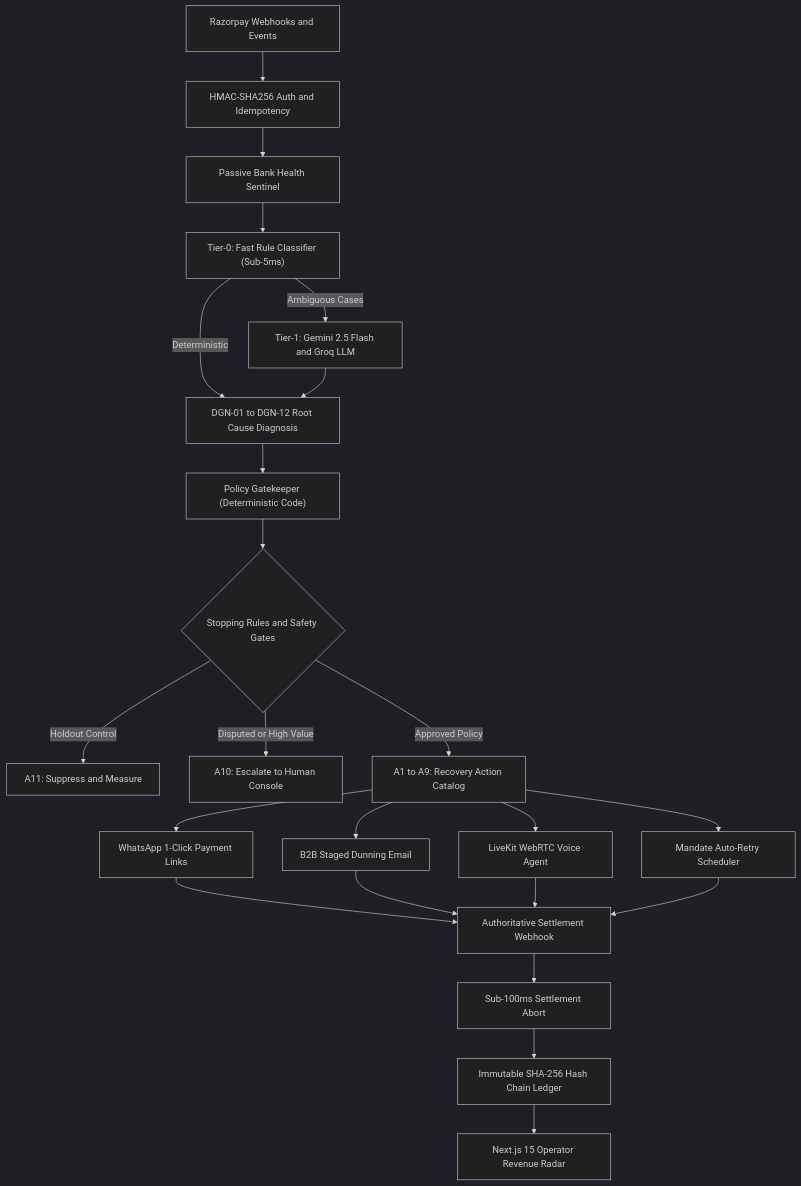
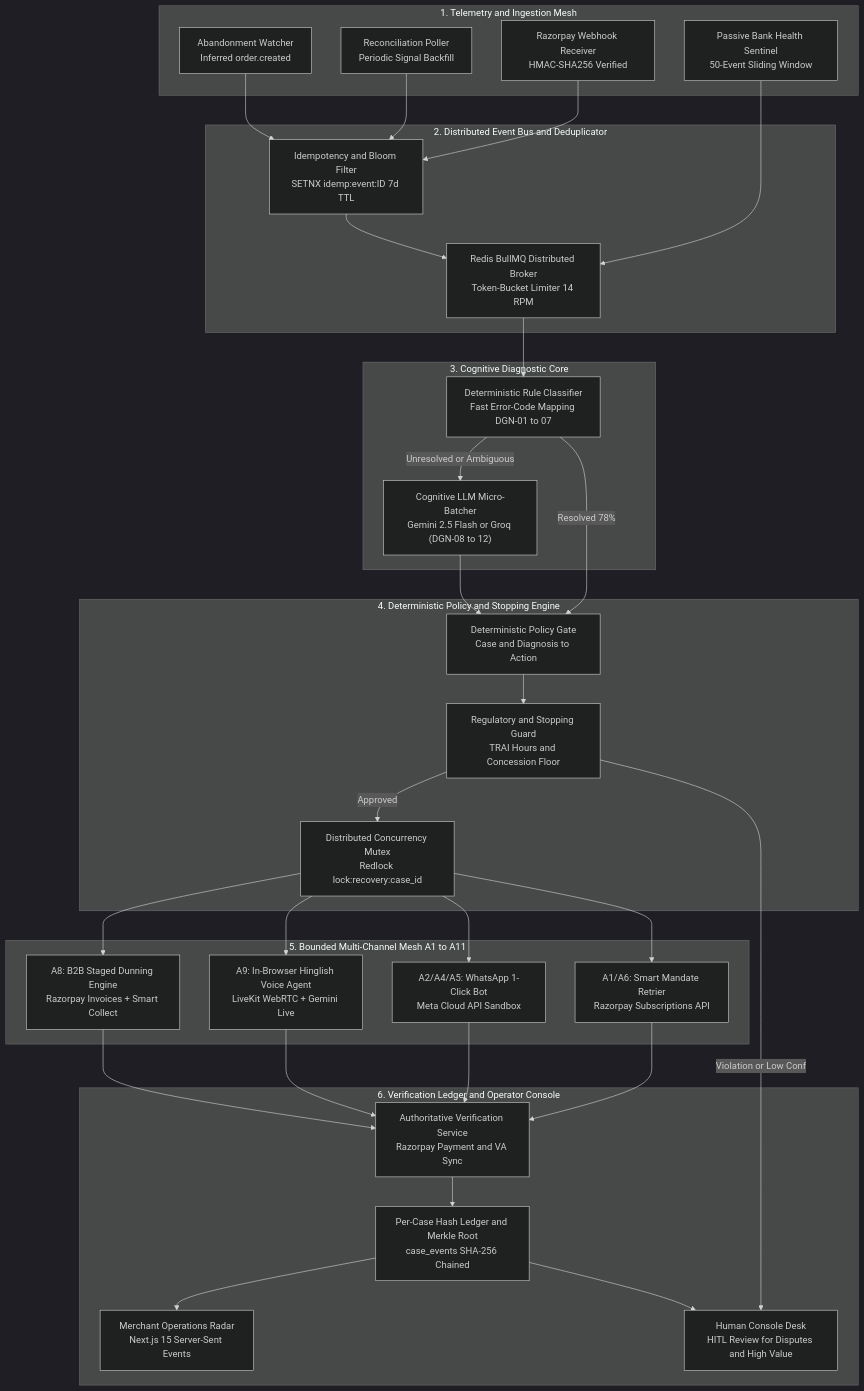
Before and after one commit to Adityaraj1969/Razorpay-Revenue-Recovery: the first of 4 diagrams in docs/Architecture.md, drawn with Mermaid (dark theme).

Commit message:
fix(docs): restore full 6-tier system architecture mesh in Architecture.md

````diff
--- a/docs/Architecture.md
+++ b/docs/Architecture.md
@@ -23,30 +23,68 @@
 ```mermaid
-graph TD
-    A["Razorpay Webhooks and Events"] --> B["HMAC-SHA256 Auth and Idempotency"]
-    B --> C["Passive Bank Health Sentinel"]
-    
-    C --> D["Tier-0: Fast Rule Classifier (Sub-5ms)"]
-    D -->|Ambiguous Cases| E["Tier-1: Gemini 2.5 Flash and Groq LLM"]
-    D -->|Deterministic| F["DGN-01 to DGN-12 Root Cause Diagnosis"]
-    E --> F
-    
-    F --> G["Policy Gatekeeper (Deterministic Code)"]
-    G --> H{"Stopping Rules and Safety Gates"}
-    H -->|Holdout Control| I["A11: Suppress and Measure"]
-    H -->|Disputed or High Value| J["A10: Escalate to Human Console"]
-    H -->|Approved Policy| K["A1 to A9: Recovery Action Catalog"]
-    
-    K --> L["WhatsApp 1-Click Payment Links"]
-    K --> M["B2B Staged Dunning Email"]
-    K --> N["LiveKit WebRTC Voice Agent"]
-    K --> O["Mandate Auto-Retry Scheduler"]
-    
-    L --> P["Authoritative Settlement Webhook"]
-    M --> P
-    N --> P
-    O --> P
-    
-    P --> Q["Sub-100ms Settlement Abort"]
-    Q --> R["Immutable SHA-256 Hash Chain Ledger"]
-    R --> S["Next.js 15 Operator Revenue Radar"]
+flowchart TB
+    subgraph INGESTION["1. Telemetry and Ingestion Mesh"]
+        WH["Razorpay Webhook Receiver<br/>HMAC-SHA256 Verified"]
+        POLL["Reconciliation Poller<br/>Periodic Signal Backfill"]
+        ABAN["Abandonment Watcher<br/>Inferred order.created"]
+        SENTINEL["Passive Bank Health Sentinel<br/>50-Event Sliding Window"]
+    end
+
+    subgraph BROKER["2. Distributed Event Bus and Deduplicator"]
+        REDIS_Q["Redis BullMQ Distributed Broker<br/>Token-Bucket Limiter 14 RPM"]
+        DEDUP["Idempotency and Bloom Filter<br/>SETNX idemp:event:ID 7d TTL"]
+    end
+
+    subgraph COGNITIVE["3. Cognitive Diagnostic Core"]
+        DGN_RULE["Deterministic Rule Classifier<br/>Fast Error-Code Mapping DGN-01 to 07"]
+        DGN_LLM["Cognitive LLM Micro-Batcher<br/>Gemini 2.5 Flash or Groq (DGN-08 to 12)"]
+    end
+
+    subgraph GOVERNANCE["4. Deterministic Policy and Stopping Engine"]
+        POLICY["Deterministic Policy Gate<br/>Case and Diagnosis to Action"]
+        GUARD["Regulatory and Stopping Guard<br/>TRAI Hours and Concession Floor"]
+        LOCK["Distributed Concurrency Mutex<br/>Redlock lock:recovery:case_id"]
+    end
+
+    subgraph EXECUTION["5. Bounded Multi-Channel Mesh A1 to A11"]
+        RETRY["A1/A6: Smart Mandate Retrier<br/>Razorpay Subscriptions API"]
+        WA["A2/A4/A5: WhatsApp 1-Click Bot<br/>Meta Cloud API Sandbox"]
+        VOICE["A9: In-Browser Hinglish Voice Agent<br/>LiveKit WebRTC + Gemini Live"]
+        DUNNING["A8: B2B Staged Dunning Engine<br/>Razorpay Invoices + Smart Collect"]
+    end
+
+    subgraph VERIFICATION["6. Verification Ledger and Operator Console"]
+        VERIFY["Authoritative Verification Service<br/>Razorpay Payment and VA Sync"]
+        AUDIT["Per-Case Hash Ledger and Merkle Root<br/>case_events SHA-256 Chained"]
+        DASH["Merchant Operations Radar<br/>Next.js 15 Server-Sent Events"]
+        HUMAN["Human Console Desk<br/>HITL Review for Disputes and High Value"]
+    end
+
+    WH --> DEDUP
+    POLL --> DEDUP
+    ABAN --> DEDUP
+    SENTINEL --> REDIS_Q
+    DEDUP --> REDIS_Q
+
+    REDIS_Q --> DGN_RULE
+    DGN_RULE -->|Unresolved or Ambiguous| DGN_LLM
+    DGN_RULE -->|Resolved 78%| POLICY
+    DGN_LLM --> POLICY
+
+    POLICY --> GUARD
+    GUARD -->|Violation or Low Conf| HUMAN
+    GUARD -->|Approved| LOCK
+
+    LOCK --> RETRY
+    LOCK --> WA
+    LOCK --> VOICE
+    LOCK --> DUNNING
+
+    RETRY --> VERIFY
+    WA --> VERIFY
+    VOICE --> VERIFY
+    DUNNING --> VERIFY
+
+    VERIFY --> AUDIT
+    AUDIT --> DASH
+    AUDIT --> HUMAN
 ```
````
